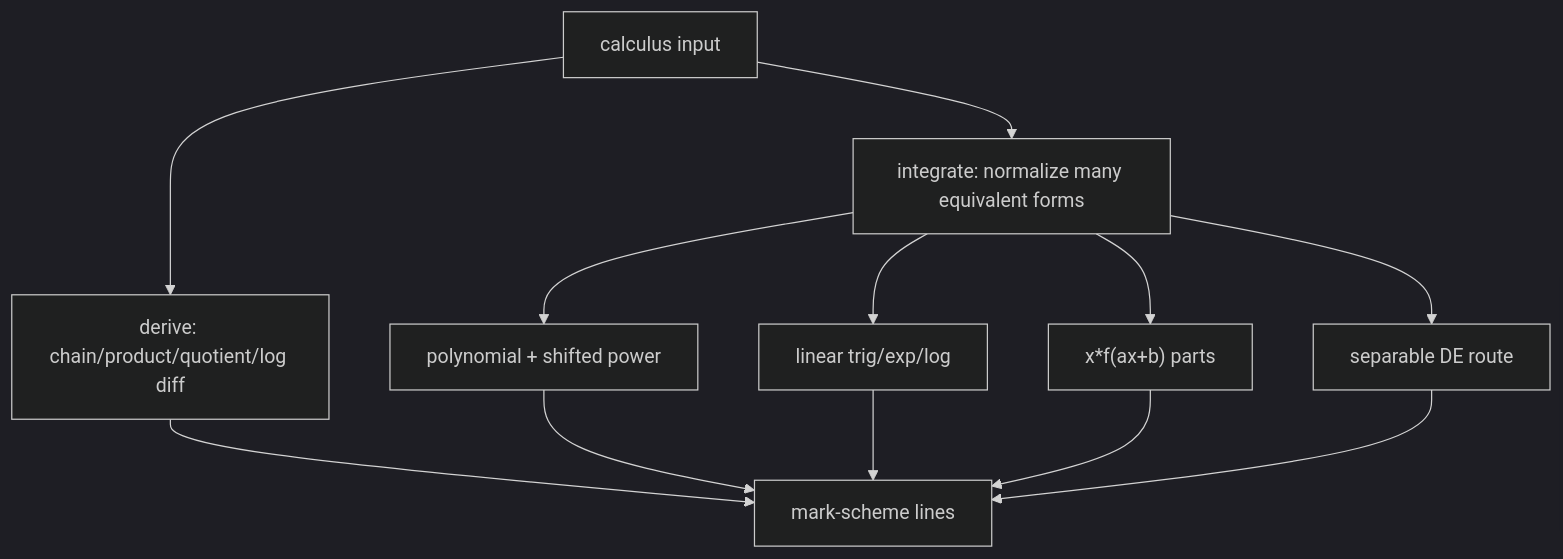
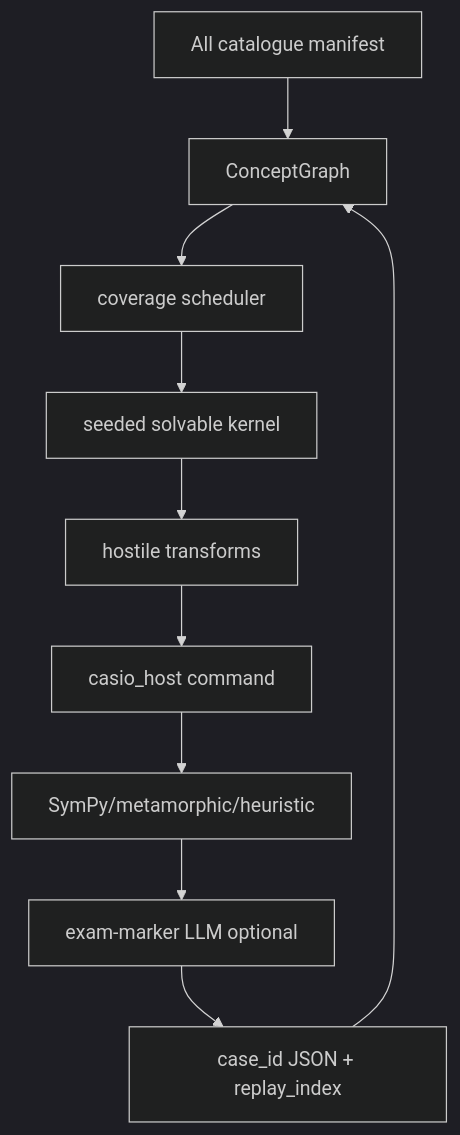
One commit to james8464/notes-addin-casio-fx-cg50 changed the sixth of 8 diagrams in c++/GRAPH.md. Above: the diagram before and after it, drawn with Mermaid (dark theme). The commit also changed other lines of this file, not shown here.

Commit message:
Rebuild compact project graph

````diff
--- a/c++/GRAPH.md
+++ b/c++/GRAPH.md
@@ -135,14 +144,12 @@
 ```mermaid
 graph TD
-  Calc["calculus input"] --> D["derive: chain/product/quotient/log diff"]
-  Calc --> I["integrate: normalize many equivalent forms"]
-  I --> P["polynomial + shifted power"]
-  I --> T["linear trig/exp/log"]
-  I --> B["x*f(ax+b) parts"]
-  I --> DE["separable DE route"]
-  D --> W["mark-scheme lines"]
-  P --> W
-  T --> W
-  B --> W
-  DE --> W
+  Manifest["All catalogue manifest"] --> Graph["ConceptGraph"]
+  Graph --> Sched["coverage scheduler"]
+  Sched --> Gen["seeded solvable kernel"]
+  Gen --> Trans["hostile transforms"]
+  Trans --> Case["casio_host command"]
+  Case --> Oracle["SymPy/metamorphic/heuristic"]
+  Oracle --> LLM["exam-marker LLM optional"]
+  LLM --> Report["case_id JSON + replay_index"]
+  Report --> Graph
 ```
````
